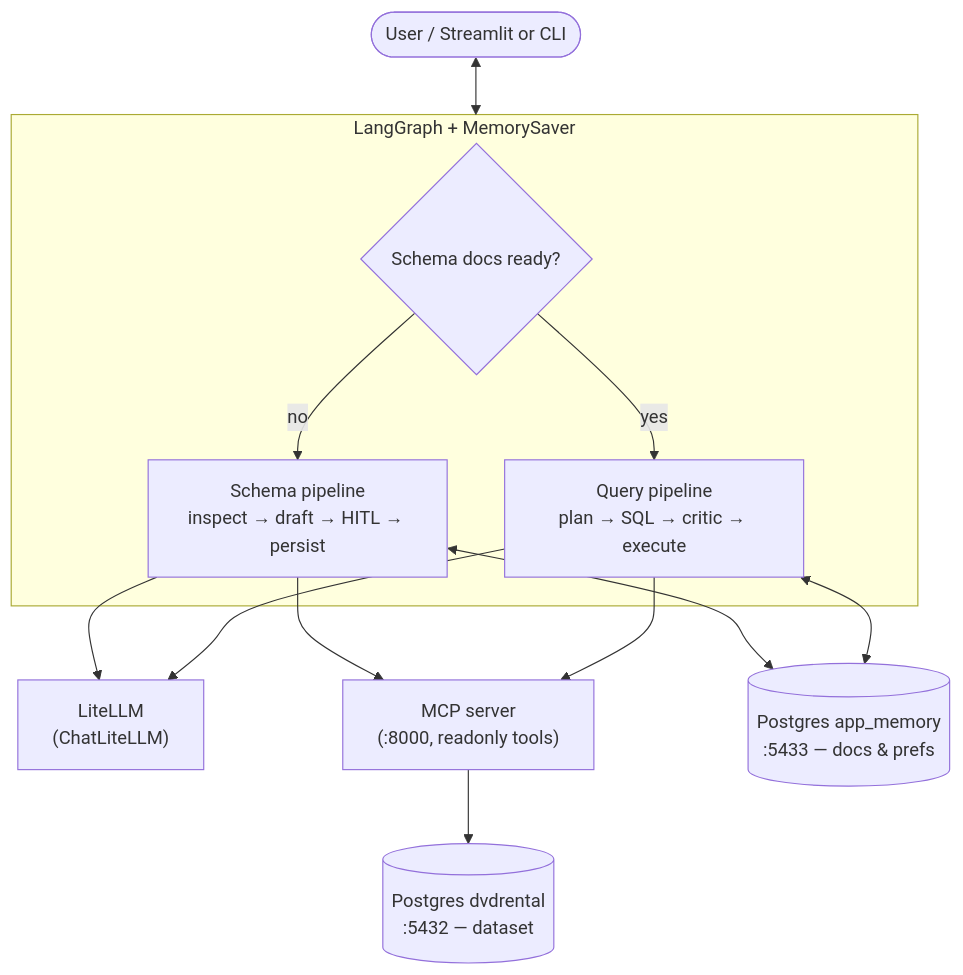
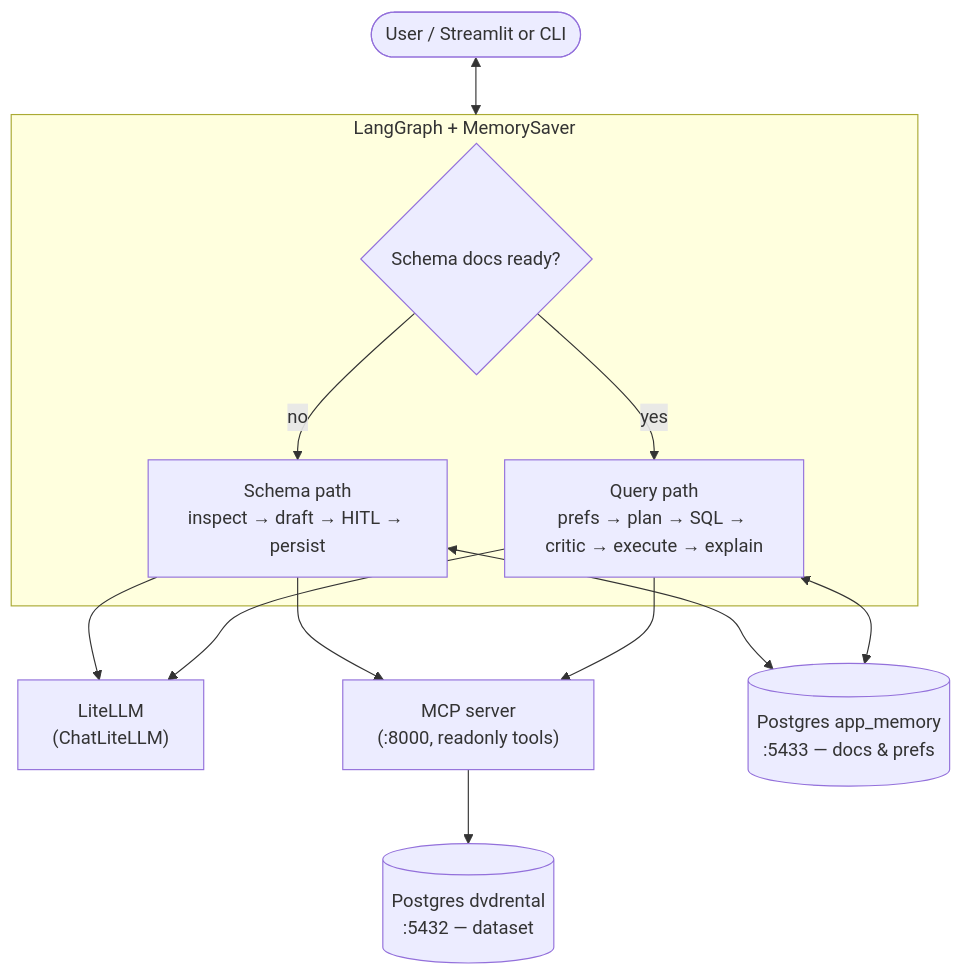
Before and after one commit to lgonzalezrouco/db_multiagent_system: the first of 2 diagrams in README.md, drawn with Mermaid. The commit also changed other lines of this file, not shown here.

````diff
--- a/README.md
+++ b/README.md
@@ -16,26 +16,26 @@
 ```mermaid
 flowchart TB
     U([User / Streamlit or CLI])
 
     subgraph LG["LangGraph + MemorySaver"]
         Gate{Schema docs ready?}
-        Schema["Schema pipeline<br/>inspect → draft → HITL → persist"]
-        Query["Query pipeline<br/>plan → SQL → critic → execute"]
+        Schema["Schema path<br/>inspect → draft → HITL → persist"]
+        Query["Query path<br/>prefs → plan → SQL → critic → execute → explain"]
         Gate -->|no| Schema
         Gate -->|yes| Query
     end
 
     LLM["LiteLLM<br/>(ChatLiteLLM)"]
     MCP["MCP server<br/>(:8000, readonly tools)"]
     AppMem[("Postgres app_memory<br/>:5433 — docs & prefs")]
     DVD[("Postgres dvdrental<br/>:5432 — dataset")]
 
     U <--> LG
     Schema --> LLM
     Query --> LLM
     Schema --> MCP
     Query --> MCP
     Schema <--> AppMem
     Query <--> AppMem
     MCP --> DVD
 ```
````
